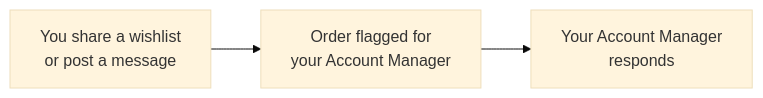
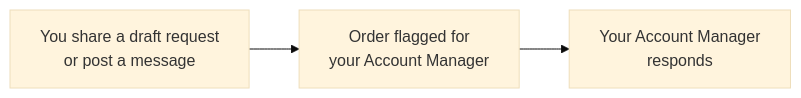
The first of 2 diagrams in docs_client/_client_user_guide/007-Messages-and-Notifications.md (LaplaceSoftware/lp_projects_docs), drawn with Mermaid (base theme) before and after one commit. The commit also changed other lines of this file and 48 other files, not shown here.

````diff
--- a/docs_client/_client_user_guide/007-Messages-and-Notifications.md
+++ b/docs_client/_client_user_guide/007-Messages-and-Notifications.md
@@ -94,5 +94,5 @@
 ```mermaid
 flowchart LR
-    A["You share a wishlist<br/>or post a message"] --> B["Order flagged for<br/>your Account Manager"]
+    A["You share a draft request<br/>or post a message"] --> B["Order flagged for<br/>your Account Manager"]
     B --> C["Your Account Manager<br/>responds"]
 ```
````
